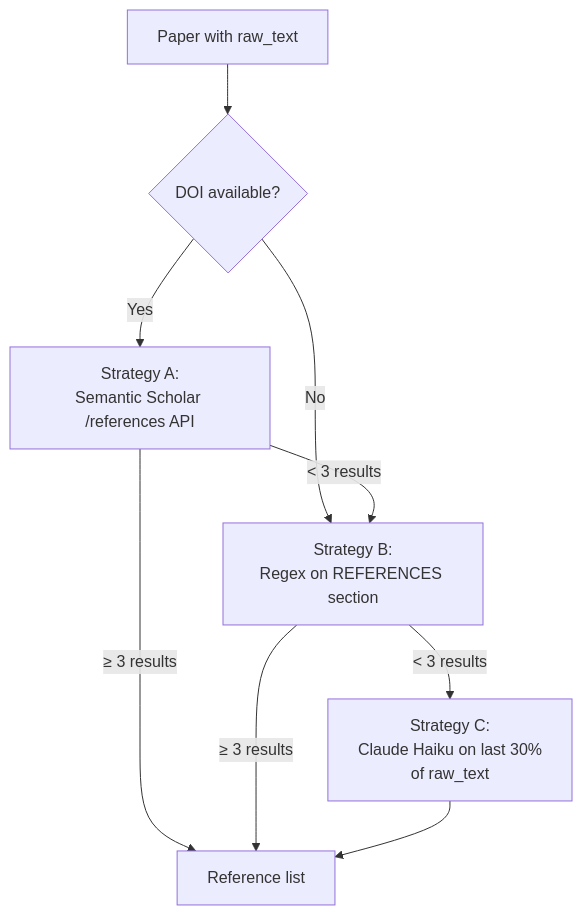
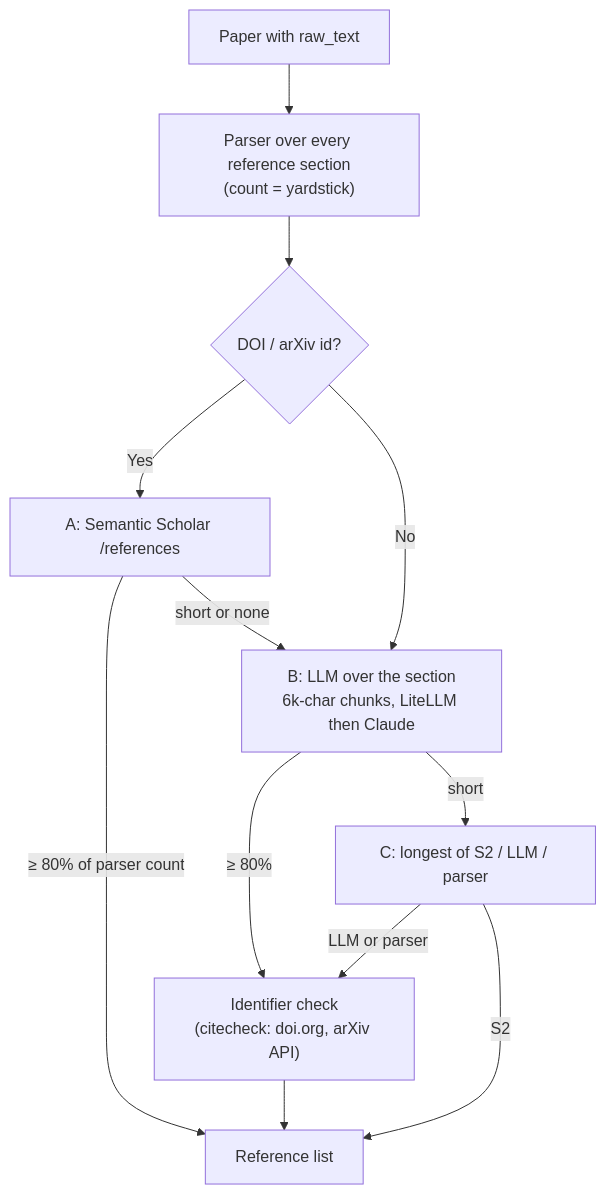
One commit to NiklasAbraham/PaperManager changed the fifth of 14 diagrams in docs/technical/ai-pipelines.md. Above: the diagram before and after it, drawn with Mermaid. The commit also changed other lines of this file and 10 other files, not shown here.

First line of the commit message:
References: resolve every extracted DOI and arXiv id (citecheck) and drop dead or mismatched ones

````diff
--- a/docs/technical/ai-pipelines.md
+++ b/docs/technical/ai-pipelines.md
@@ -106,11 +106,14 @@
 ```mermaid
 flowchart TD
-    Start["Paper with raw_text"] --> A{DOI available?}
-    A -->|"Yes"| S2["Strategy A:\nSemantic Scholar /references API"]
-    A -->|"No"| B["Strategy B:\nRegex on REFERENCES section"]
-    S2 -->|"< 3 results"| B
-    B -->|"< 3 results"| Claude["Strategy C:\nClaude Haiku on last 30%\nof raw_text"]
-    S2 -->|"≥ 3 results"| Done["Reference list"]
-    B -->|"≥ 3 results"| Done
-    Claude --> Done
+    Start["Paper with raw_text"] --> P["Parser over every reference section\n(count = yardstick)"]
+    P --> A{DOI / arXiv id?}
+    A -->|"Yes"| S2["A: Semantic Scholar /references"]
+    S2 -->|"≥ 80% of parser count"| Done["Reference list"]
+    S2 -->|"short or none"| LLM["B: LLM over the section\n6k-char chunks, LiteLLM then Claude"]
+    A -->|"No"| LLM
+    LLM -->|"≥ 80%"| Vet["Identifier check\n(citecheck: doi.org, arXiv API)"]
+    LLM -->|"short"| Best["C: longest of S2 / LLM / parser"]
+    Best -->|"LLM or parser"| Vet
+    Best -->|"S2"| Done
+    Vet --> Done
 ```
````
